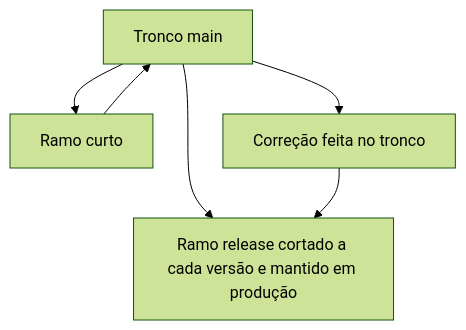
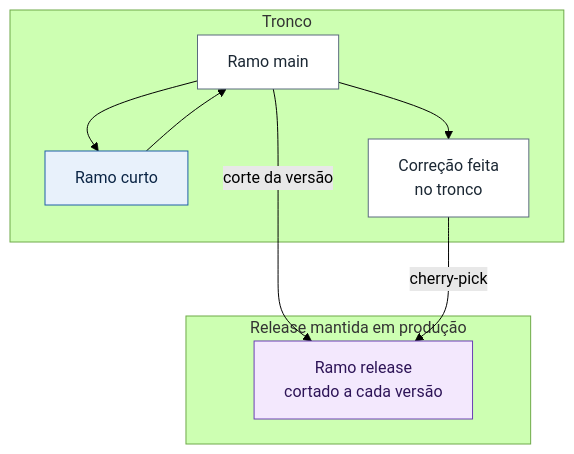
The third of 4 diagrams in cenarios/02-estrategia-branches/README.md (arkhibr/devops-fluxos-c3dm), drawn with Mermaid (forest theme) before and after one commit. The commit also changed other lines of this file and 7 other files, not shown here.

First line of the commit message:
docs(cenarios): trechos de workflow, links e diagramas dos cenários 01 a 07 (#25)

````diff
--- a/cenarios/02-estrategia-branches/README.md
+++ b/cenarios/02-estrategia-branches/README.md
@@ -32,8 +64,22 @@
 ```mermaid
 flowchart TB
-    T["Tronco main"] --> B["Ramo curto"]
-    B --> T
-    T --> L["Ramo release cortado a cada versão e mantido em produção"]
-    T --> K["Correção feita no tronco"]
-    K --> L
+    subgraph tronco["Tronco"]
+        T["Ramo main"]:::etapa
+        B["Ramo curto"]:::gatilho
+        K["Correção feita<br/>no tronco"]:::etapa
+    end
+    subgraph rel["Release mantida em produção"]
+        L["Ramo release<br/>cortado a cada versão"]:::artefato
+    end
+    T --> B --> T
+    T -- "corte da versão" --> L
+    T --> K
+    K -- "cherry-pick" --> L
+
+    classDef gatilho fill:#E8F1FB,stroke:#1F5FA8,color:#0B2545
+    classDef etapa fill:#FFFFFF,stroke:#5B6B7F,color:#1B2733
+    classDef verificacao fill:#FFF6E0,stroke:#B7791F,color:#5A3A00
+    classDef sucesso fill:#E6F4EA,stroke:#2E7D32,color:#123B17
+    classDef falha fill:#FDECEA,stroke:#C62828,color:#5B1111
+    classDef artefato fill:#F3E8FD,stroke:#6A3FB5,color:#2D1457
 ```
````
